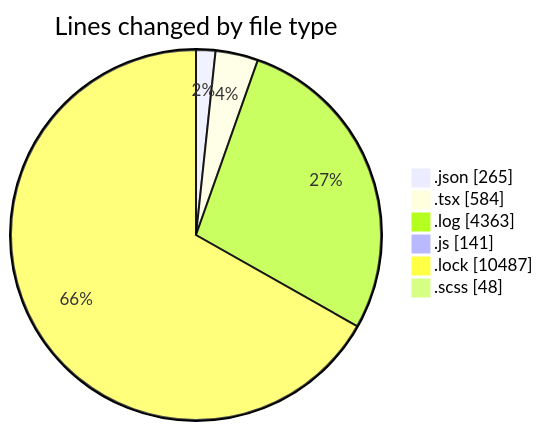
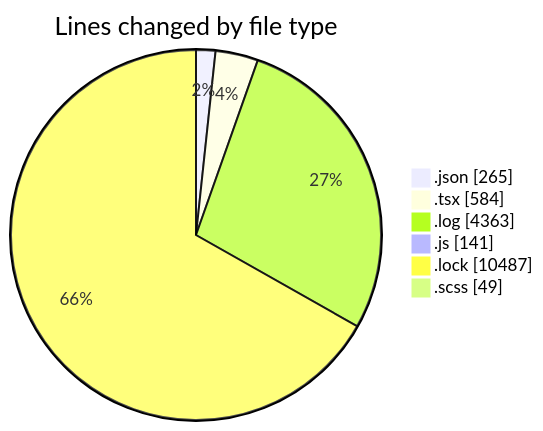
Before and after one commit to momahboobian/code-tracking: the first of 2 diagrams in 2026-03-24/cda/README.md, drawn with Mermaid. The commit also changed other lines of this file and 1 other file, not shown here.

````diff
--- a/2026-03-24/cda/README.md
+++ b/2026-03-24/cda/README.md
@@ -29,10 +29,10 @@
 ```mermaid
 pie showData
 title Lines changed by file type
 ".json" : 265
 ".tsx" : 584
 ".log" : 4363
 ".js" : 141
 ".lock" : 10487
-".scss" : 48
+".scss" : 49
 ```
````
